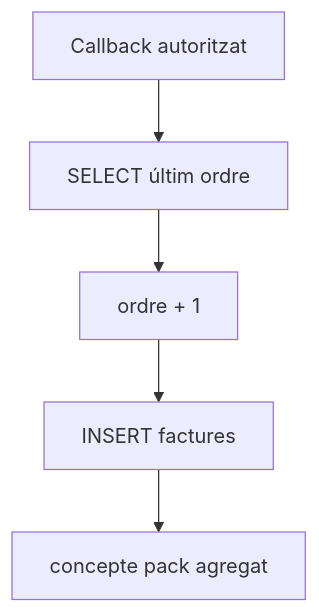
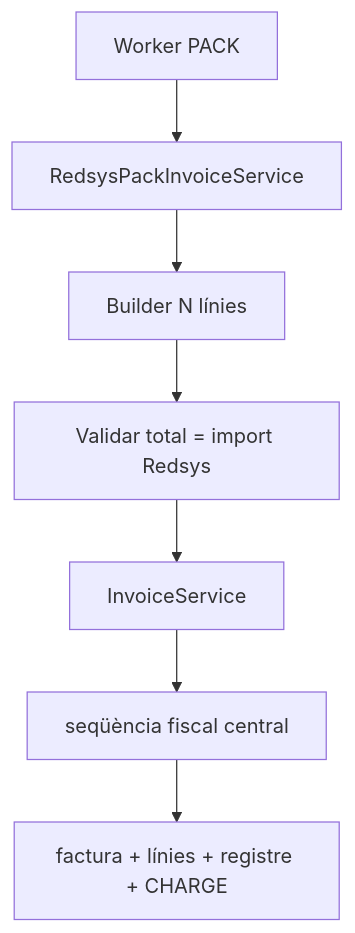
Before and after one commit to orgmeriemprismacat-del/verifactu: diagram 13 of 20 in documentacio/07-uml-integrat/uc-015-activitats-pagines-pack-actual-final.md, drawn with Mermaid. The commit also changed other lines of this file, not shown here.

Commit message:
docs(UC-015): reconciliar activitats amb guard públic i callback SIF actual

````diff
--- a/documentacio/07-uml-integrat/uc-015-activitats-pagines-pack-actual-final.md
+++ b/documentacio/07-uml-integrat/uc-015-activitats-pagines-pack-actual-final.md
@@ -190,7 +199,9 @@
 ```mermaid
 flowchart TD
-A[Callback autoritzat] --> B[SELECT últim ordre]
-B --> C[ordre + 1]
-C --> D[INSERT factures]
-D --> E[concepte pack agregat]
+A[Worker PACK] --> B[RedsysPackInvoiceService]
+B --> C[Builder N línies]
+C --> D[Validar total = import Redsys]
+D --> E[InvoiceService]
+E --> F[seqüència fiscal central]
+F --> G[factura + línies + registre + CHARGE]
 ```
````
